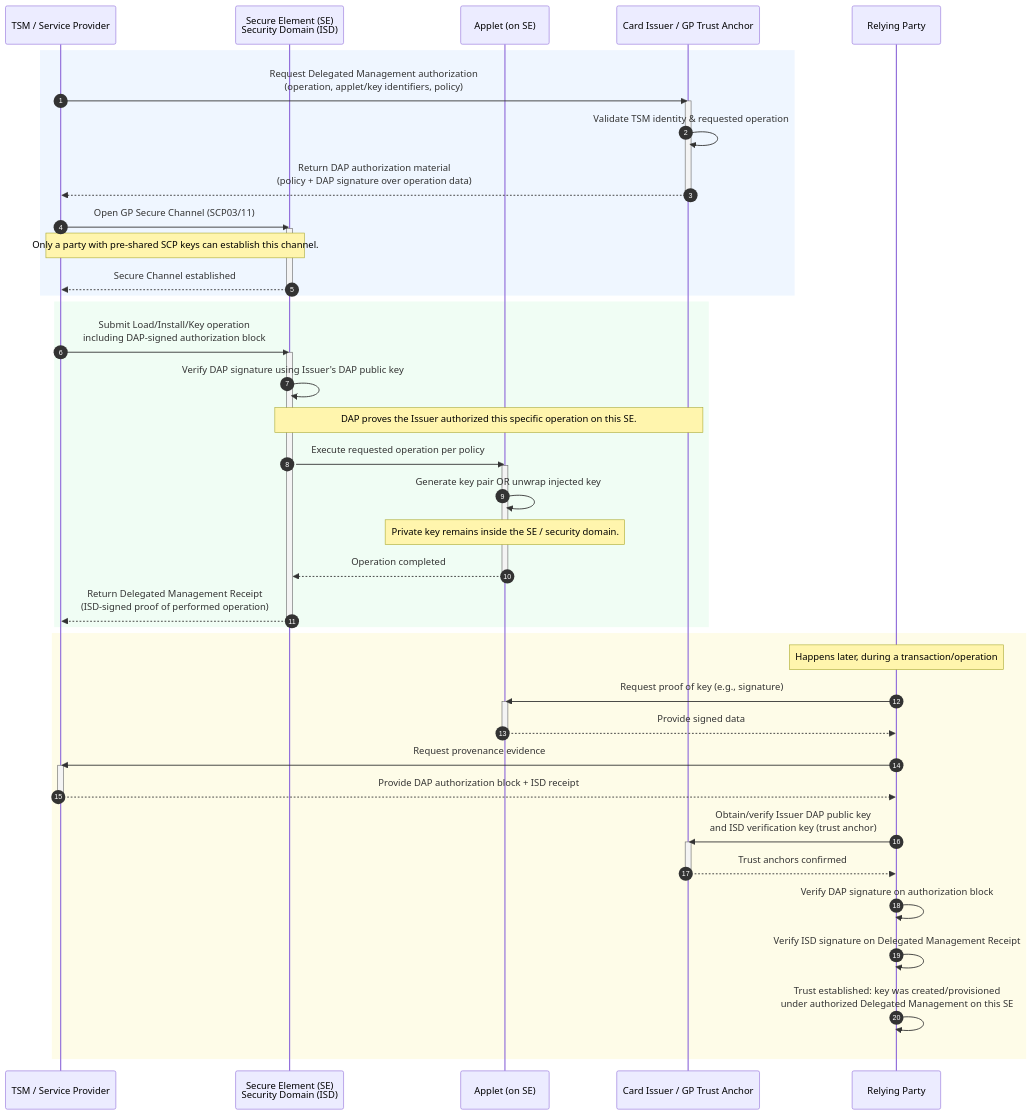
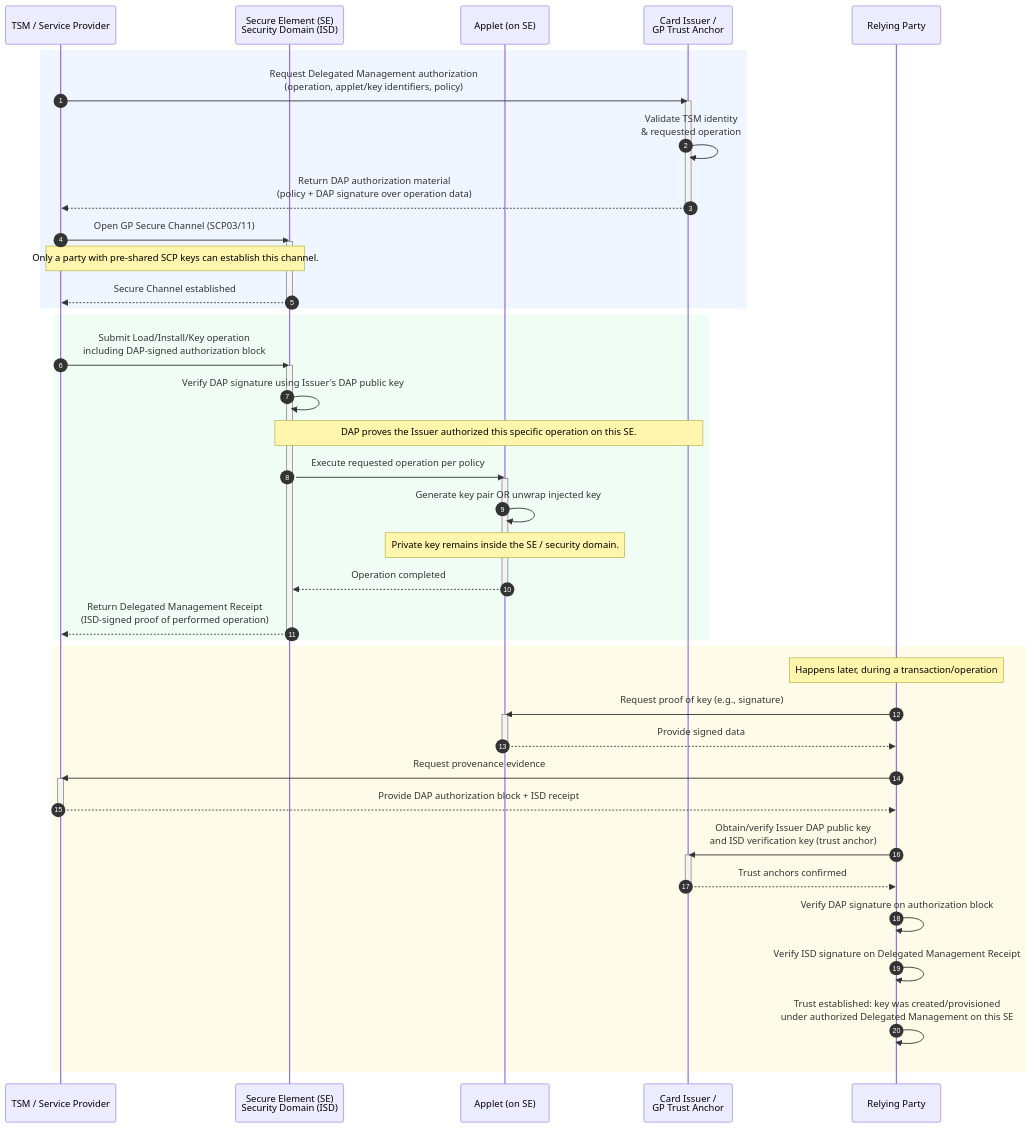
Before and after one commit to nnworkspace/android-key-attestation: the third of 3 diagrams in slides.md, drawn with Mermaid. The commit also changed other lines of this file, not shown here.

````diff
--- a/slides.md
+++ b/slides.md
@@ -320,63 +318,63 @@
 ```mermaid
 sequenceDiagram
   autonumber
   participant TSM as TSM / Service Provider
   participant SE as Secure Element (SE)<br/>Security Domain (ISD)
   participant Applet as Applet (on SE)
-  participant Issuer as Card Issuer / GP Trust Anchor
+  participant Issuer as Card Issuer /<br> GP Trust Anchor
   participant RP as Relying Party
 
   %% -- 1. Delegated Management Authorization & Secure Channel --
   rect rgb(239, 246, 255)
     TSM->>Issuer: Request Delegated Management authorization<br/>(operation, applet/key identifiers, policy)
     activate Issuer
-    Issuer->>Issuer: Validate TSM identity & requested operation
+    Issuer->>Issuer: Validate TSM identity<br> & requested operation
     Issuer-->>TSM: Return DAP authorization material<br/>(policy + DAP signature over operation data)
     deactivate Issuer
 
     TSM->>SE: Open GP Secure Channel (SCP03/11)
     activate SE
     note over TSM, SE: Only a party with pre-shared SCP keys can establish this channel.
     SE-->>TSM: Secure Channel established
     deactivate SE
   end
 
   %% -- 2. Perform Delegated Operation on SE with DAP --
   rect rgb(240, 253, 244)
     TSM->>SE: Submit Load/Install/Key operation<br/>including DAP-signed authorization block
     activate SE
     SE->>SE: Verify DAP signature using Issuer's DAP public key
     note over SE, Issuer: DAP proves the Issuer authorized this specific operation on this SE.
     SE->>Applet: Execute requested operation per policy
     activate Applet
     Applet->>Applet: Generate key pair OR unwrap injected key
     note over Applet: Private key remains inside the SE / security domain.
     Applet-->>SE: Operation completed
     deactivate Applet
     SE-->>TSM: Return Delegated Management Receipt<br/>(ISD-signed proof of performed operation)
     deactivate SE
   end
 
   %% -- 3. Later Validation by a Relying Party (Provenance) --
   rect rgb(254, 252, 232)
     note over RP: Happens later, during a transaction/operation
     RP->>Applet: Request proof of key (e.g., signature)
     activate Applet
     Applet-->>RP: Provide signed data
     deactivate Applet
 
     RP->>TSM: Request provenance evidence
     activate TSM
     TSM-->>RP: Provide DAP authorization block + ISD receipt
     deactivate TSM
 
     RP->>Issuer: Obtain/verify Issuer DAP public key<br/>and ISD verification key (trust anchor)
     activate Issuer
     Issuer-->>RP: Trust anchors confirmed
     deactivate Issuer
 
     RP->>RP: Verify DAP signature on authorization block
     RP->>RP: Verify ISD signature on Delegated Management Receipt
     RP->>RP: Trust established: key was created/provisioned<br/>under authorized Delegated Management on this SE
   end
 ```
````
